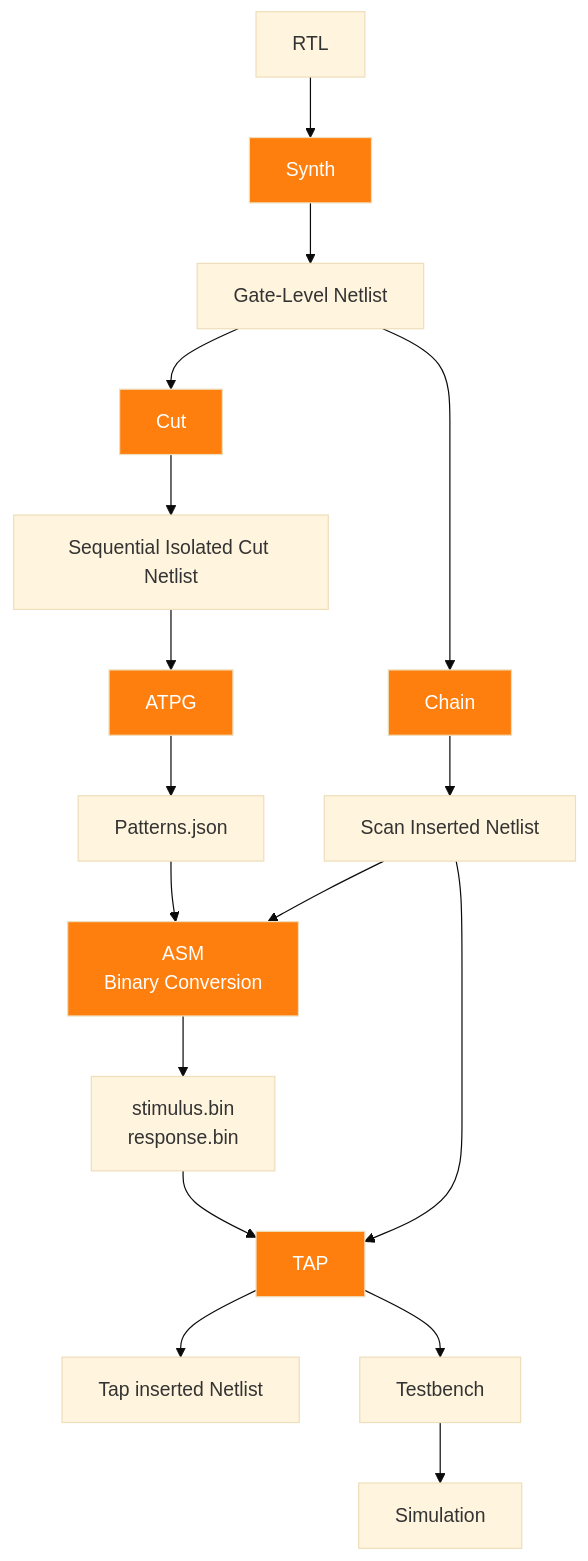
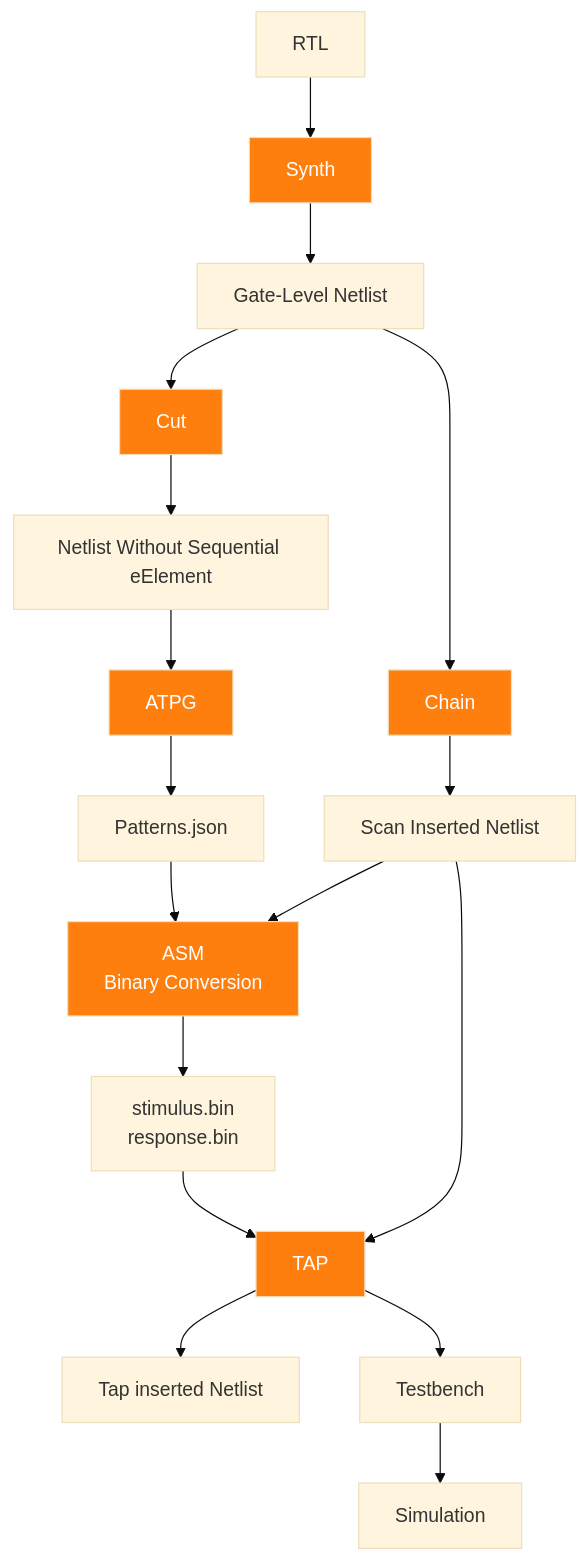
One commit to keyurd1998-sys/open-source-dft-flow changed the diagram in README.md. Above: the diagram before and after it, drawn with Mermaid (base theme).

````diff
--- a/README.md
+++ b/README.md
@@ -33,27 +33,27 @@
 ```mermaid
 flowchart TB
 A[RTL] --> B[Synth]
 B --> C[Gate-Level Netlist]
 C --> D[Cut]
-D --> E[Sequential Isolated Cut Netlist]
+D --> E[Netlist Without Sequential eElement]
 C --> J[Chain]
 J --> K[Scan Inserted Netlist]
 E --> F[ATPG]
 F --> G[Patterns.json]
 G --> H[ASM<br/>Binary Conversion]
 K --> H
 H --> I[stimulus.bin<br/>response.bin]
 K --> L[TAP]
 I --> L
 L --> M[Tap inserted Netlist]
 L --> P[Testbench]
 P --> N[Simulation]
 
 
 style B fill:#ff7f0e,color:#fff
 style D fill:#ff7f0e,color:#fff
 style F fill:#ff7f0e,color:#fff
 style J fill:#ff7f0e,color:#fff
 style H fill:#ff7f0e,color:#fff
 style L fill:#ff7f0e,color:#fff
 ```
````
